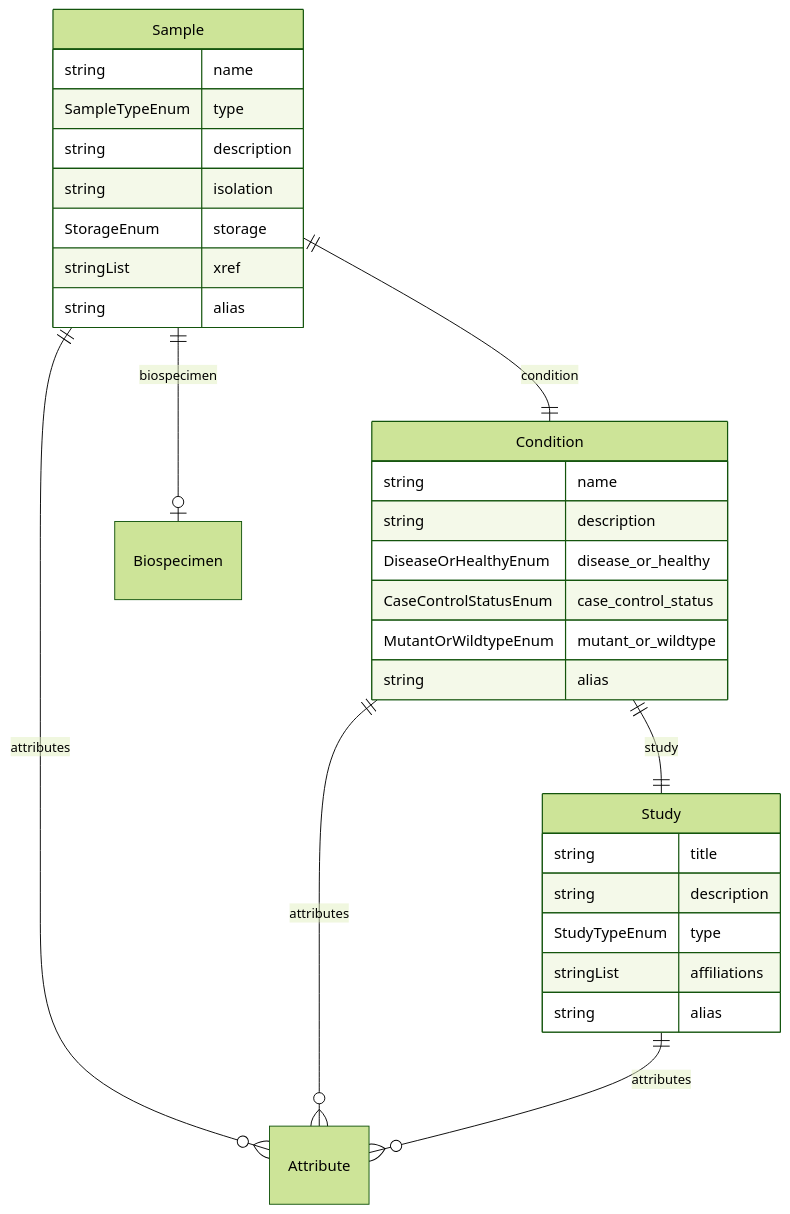
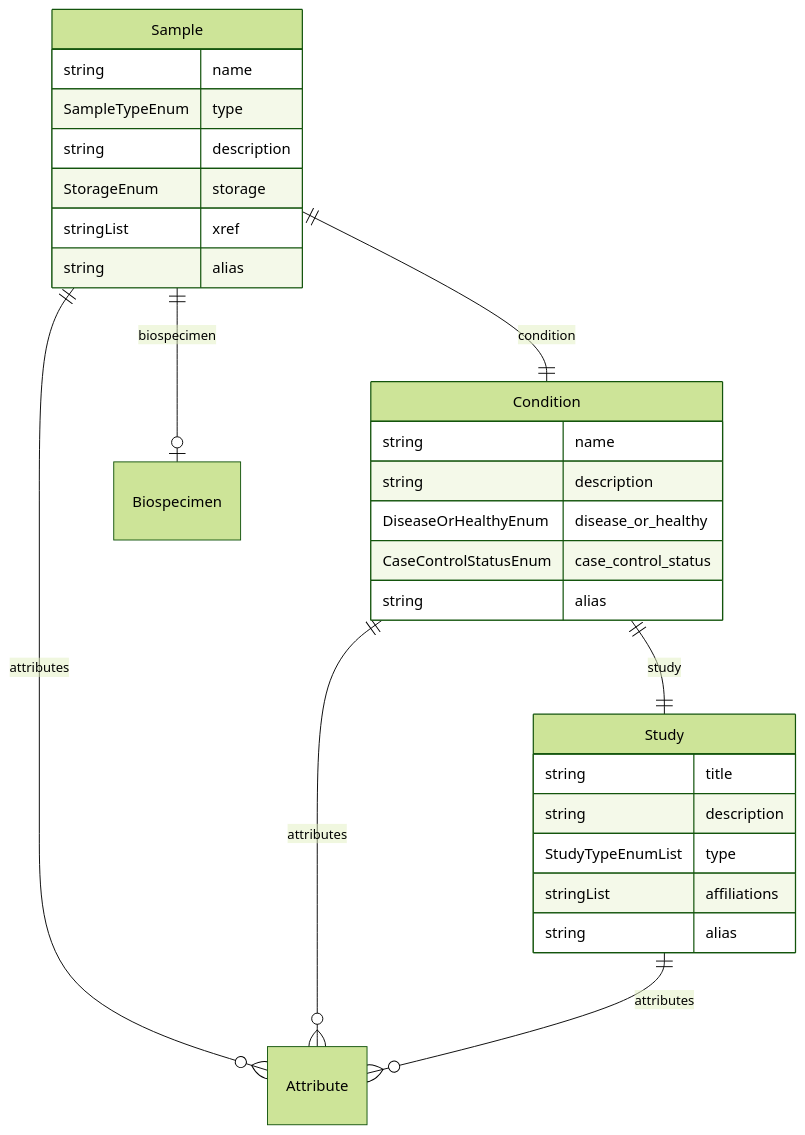
The seventh of 7 diagrams in docs/entity_relations.md (ghga-de/ghga-metadata-schema), drawn with Mermaid (forest theme) before and after one commit. The commit also changed other lines of this file and 48 other files, not shown here.

````diff
--- a/docs/entity_relations.md
+++ b/docs/entity_relations.md
@@ -323,35 +320,33 @@
 ```mermaid
 erDiagram
 Sample {
     string name  
     SampleTypeEnum type  
     string description  
-    string isolation  
     StorageEnum storage  
     stringList xref  
     string alias  
 }
 Condition {
     string name  
     string description  
     DiseaseOrHealthyEnum disease_or_healthy  
     CaseControlStatusEnum case_control_status  
-    MutantOrWildtypeEnum mutant_or_wildtype  
     string alias  
 }
 Study {
     string title  
     string description  
-    StudyTypeEnum type  
+    StudyTypeEnumList type  
     stringList affiliations  
     string alias  
 }
 
 Sample ||--|o Biospecimen : "biospecimen"
 Sample ||--|| Condition : "condition"
 Sample ||--}o Attribute : "attributes"
 Condition ||--|| Study : "study"
 Condition ||--}o Attribute : "attributes"
 Study ||--}o Attribute : "attributes"
 
 ```
````
